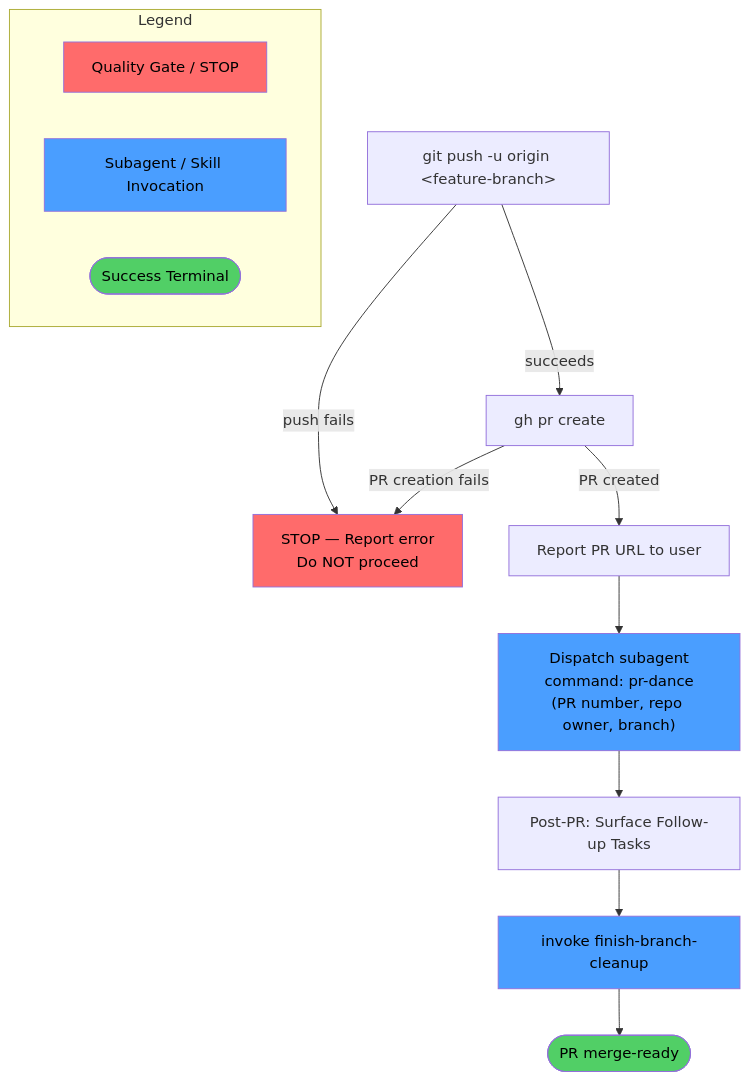
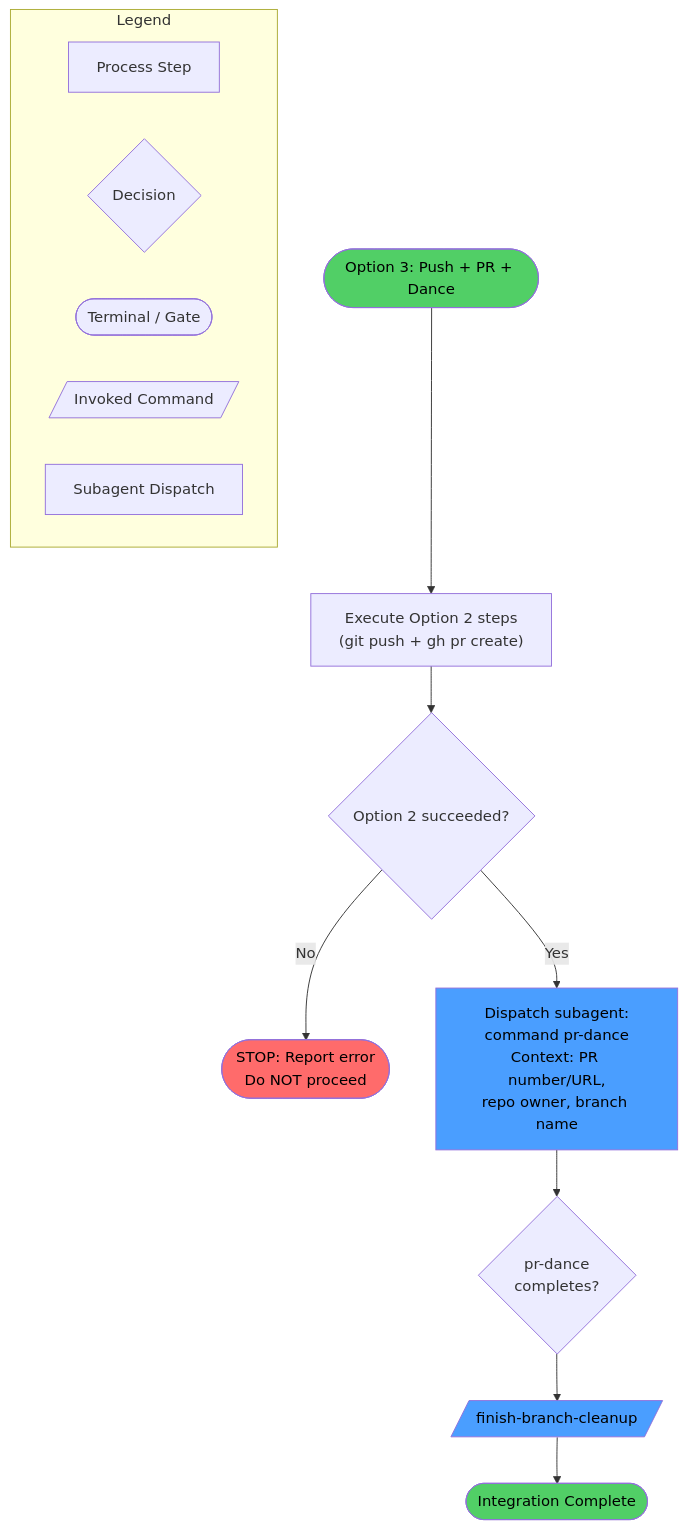
One commit to axiomantic/spellbook changed the fourth of 7 diagrams in docs/diagrams/commands/finish-branch-execute.md. Above: the diagram before and after it, drawn with Mermaid. The commit also changed other lines of this file and 336 other files, not shown here.

````diff
--- a/docs/diagrams/commands/finish-branch-execute.md
+++ b/docs/diagrams/commands/finish-branch-execute.md
@@ -116,26 +117,24 @@
 ```mermaid
 flowchart TD
-    PUSH["git push -u origin &lt;feature-branch&gt;"]
-    PR["gh pr create"]
-    FAIL_GATE["STOP — Report error\nDo NOT proceed"]:::gate
-    REPORT["Report PR URL to user"]
-    DANCE["Dispatch subagent\ncommand: pr-dance\n(PR number, repo owner, branch)"]:::subagent
-    POST["Post-PR: Surface Follow-up Tasks"]
-    CLEANUP["invoke finish-branch-cleanup"]:::subagent
-    DONE(["PR merge-ready"]):::success
+    O3_START([Option 3: Push + PR + Dance]) --> OPT2_STEPS["Execute Option 2 steps\n(git push + gh pr create)"]
+    OPT2_STEPS --> OPT2_OK{Option 2 succeeded?}
+    OPT2_OK -->|No| STOP_O2([STOP: Report error\nDo NOT proceed])
+    OPT2_OK -->|Yes| DISPATCH_DANCE["Dispatch subagent:\ncommand pr-dance\nContext: PR number/URL,\nrepo owner, branch name"]
+    DISPATCH_DANCE --> DANCE_DONE{pr-dance\ncompletes?}
+    DANCE_DONE --> INVOKE_CLEANUP[/finish-branch-cleanup/]
+    INVOKE_CLEANUP --> O3_DONE([Integration Complete])
 
-    PUSH -->|"push fails"| FAIL_GATE
-    PUSH -->|"succeeds"| PR
-    PR -->|"PR creation fails"| FAIL_GATE
-    PR -->|"PR created"| REPORT --> DANCE --> POST --> CLEANUP --> DONE
-
-    subgraph LEGEND["Legend"]
-        L_GATE["Quality Gate / STOP"]:::gate
-        L_SUB["Subagent / Skill Invocation"]:::subagent
-        L_OK(["Success Terminal"]):::success
+    subgraph legend[Legend]
+        L1[Process Step]
+        L2{Decision}
+        L3([Terminal / Gate])
+        L4[/Invoked Command/]
+        L5[Subagent Dispatch]
     end
 
-    classDef gate fill:#ff6b6b,color:#000
-    classDef subagent fill:#4a9eff,color:#000
-    classDef success fill:#51cf66,color:#000
+    style O3_START fill:#51cf66,color:#000
+    style O3_DONE fill:#51cf66,color:#000
+    style STOP_O2 fill:#ff6b6b,color:#000
+    style DISPATCH_DANCE fill:#4a9eff,color:#000
+    style INVOKE_CLEANUP fill:#4a9eff,color:#000
 ```
````
